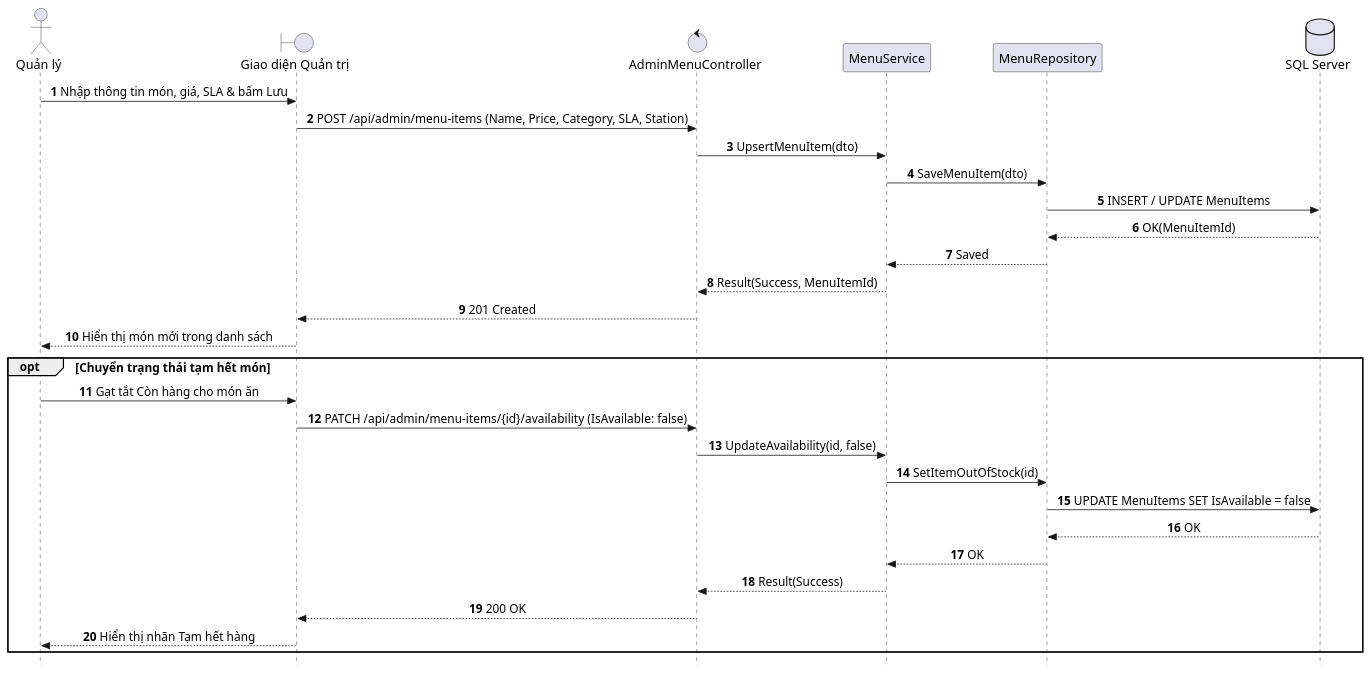
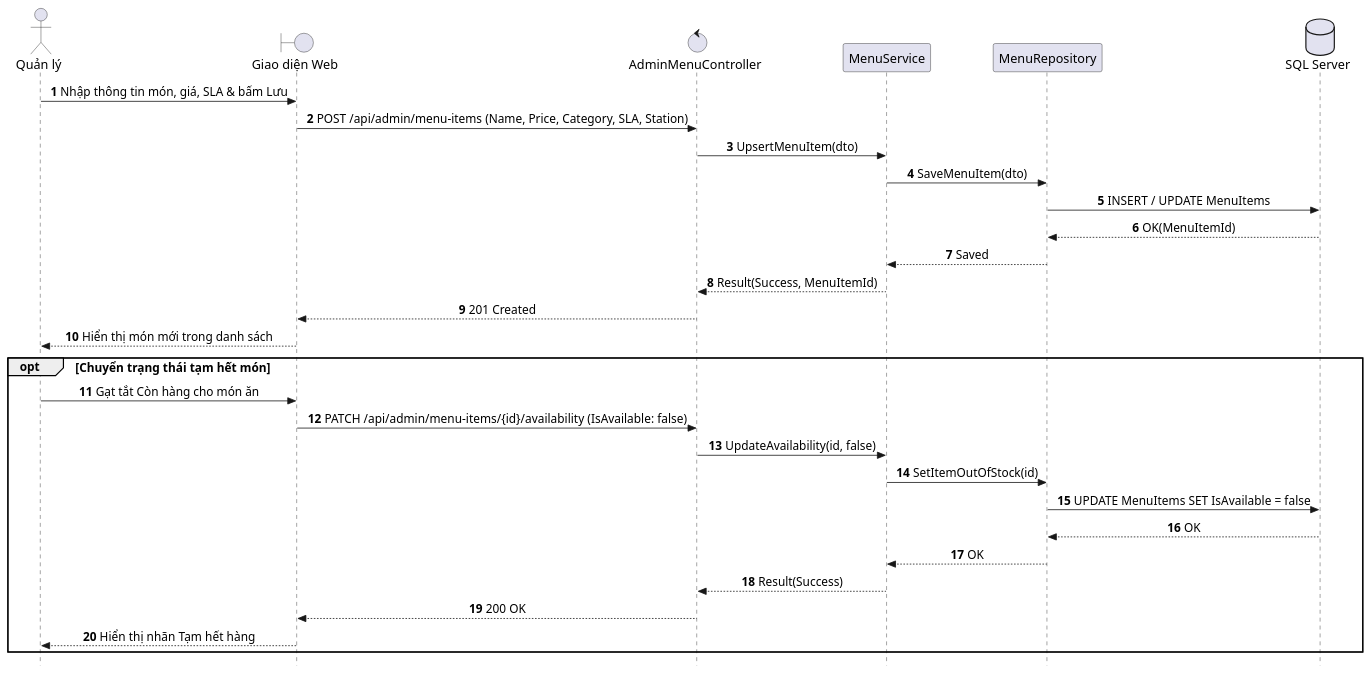
Before and after one commit to AndrewQng/VinDining: the diagram in docs/phase1/use-cases/UC-A1_Quan_Tri_Thuc_Don_Va_SLA.md, drawn with PlantUML. The commit also changed other lines of this file and 87 other files, not shown here.

Commit message:
docs: add phase 1 use case specifications, sequence diagrams, and architecture diagrams

````diff
--- a/docs/phase1/use-cases/UC-A1_Quan_Tri_Thuc_Don_Va_SLA.md
+++ b/docs/phase1/use-cases/UC-A1_Quan_Tri_Thuc_Don_Va_SLA.md
@@ -1,46 +1,46 @@
 ```plantuml
 @startuml SD_UC_A1_Menu_PrepSLA
 autonumber
 skinparam style strictuml
 skinparam sequenceMessageAlign center
 skinparam responseMessageBelowArrow true
 skinparam defaultFontName "Segoe UI", Arial, sans-serif
 skinparam defaultFontSize 16
 skinparam sequenceActorFontSize 16
 skinparam sequenceParticipantFontSize 16
 skinparam sequenceArrowFontSize 15
 skinparam sequenceGroupFontSize 15
 skinparam sequenceGroupHeaderFontSize 15
 
 actor "Quản lý" as Manager
-boundary "Giao diện Quản trị" as UI
+boundary "Giao diện Web" as UI
 control "AdminMenuController" as Controller
 participant "MenuService" as Service
 participant "MenuRepository" as Repo
 database "SQL Server" as DB
 
 Manager -> UI: Nhập thông tin món, giá, SLA & bấm Lưu
 UI -> Controller: POST /api/admin/menu-items (Name, Price, Category, SLA, Station)
 Controller -> Service: UpsertMenuItem(dto)
 Service -> Repo: SaveMenuItem(dto)
 Repo -> DB: INSERT / UPDATE MenuItems
 DB --> Repo: OK(MenuItemId)
 Repo --> Service: Saved
 Service --> Controller: Result(Success, MenuItemId)
 Controller --> UI: 201 Created
 UI --> Manager: Hiển thị món mới trong danh sách
 
 opt Chuyển trạng thái tạm hết món
     Manager -> UI: Gạt tắt Còn hàng cho món ăn
     UI -> Controller: PATCH /api/admin/menu-items/{id}/availability (IsAvailable: false)
     Controller -> Service: UpdateAvailability(id, false)
     Service -> Repo: SetItemOutOfStock(id)
     Repo -> DB: UPDATE MenuItems SET IsAvailable = false
     DB --> Repo: OK
     Repo --> Service: OK
     Service --> Controller: Result(Success)
     Controller --> UI: 200 OK
     UI --> Manager: Hiển thị nhãn Tạm hết hàng
 end
 @enduml
 ```
````
